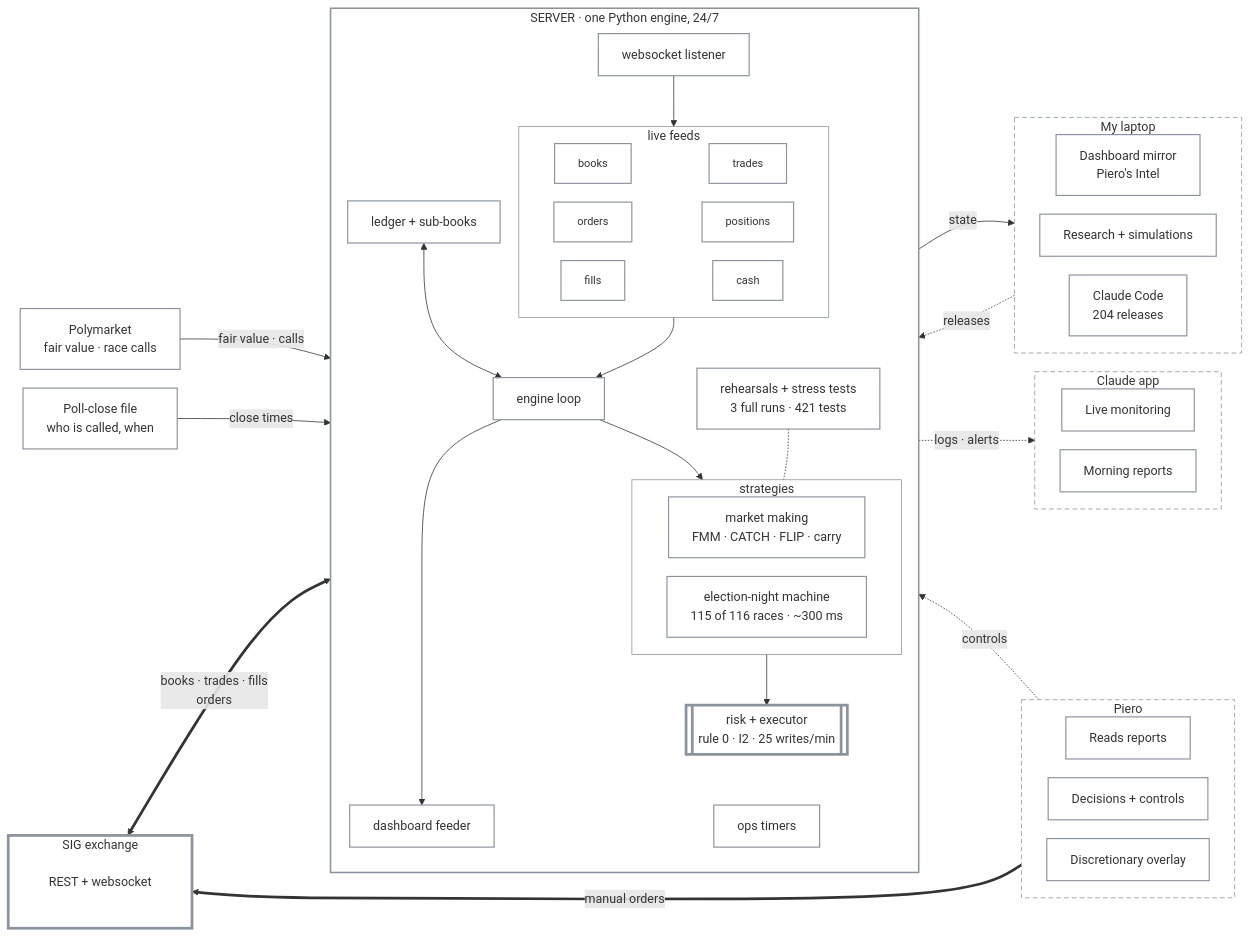
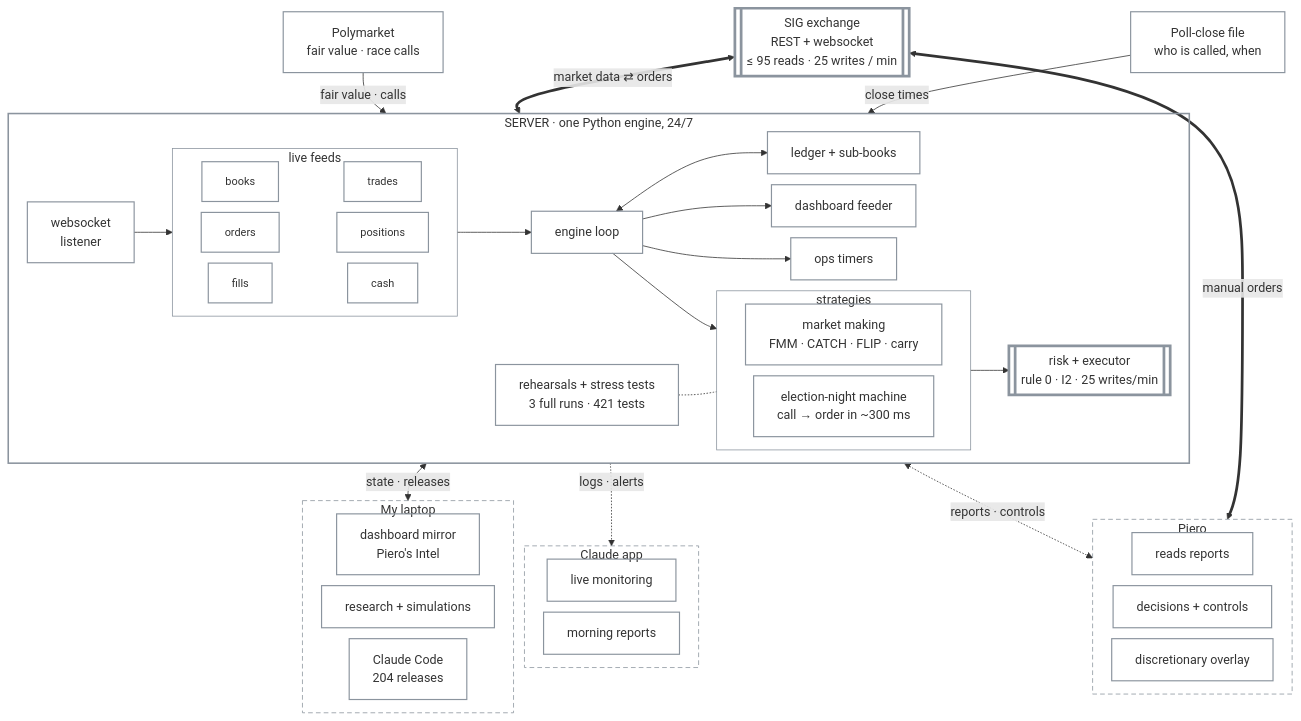
The diagram in README.md (pieropls/PredictionsCup26), drawn with Mermaid before and after one commit. The commit also changed other lines of this file, not shown here.

Commit message:
README: system diagram v4
New layout: the data sources on top with SIG in the middle, the server below with its pipeline left to right (listener, six feeds, engine loop with ledger, feeder and ops, the two strategies with rehearsals, risk + executor), and the three oversight groups underneath. Seven labelled flows; SIG's node carries its rate limits.

````diff
--- a/README.md
+++ b/README.md
@@ -58,78 +58,73 @@
 ```mermaid
-%%{init: {"look": "classic", "flowchart": {"curve": "basis", "nodeSpacing": 24, "rankSpacing": 40, "wrappingWidth": 320}, "themeVariables": {"fontSize": "16px"}}}%%
-flowchart LR
+%%{init: {"look": "classic", "flowchart": {"curve": "basis", "nodeSpacing": 14, "rankSpacing": 24, "wrappingWidth": 320}, "themeVariables": {"fontSize": "16px"}}}%%
+flowchart TB
+  SIG[["SIG exchange<br/>REST + websocket<br/>≤ 95 reads · 25 writes / min"]]
   PM["Polymarket<br/>fair value · race calls"]
   POLL["Poll-close file<br/>who is called, when"]
+
   subgraph SERVER["SERVER · one Python engine, 24/7"]
-    direction TB
-    WS["websocket listener"]
+    direction LR
+    WS["websocket<br/>listener"]
     subgraph FEEDS["live feeds"]
       direction LR
       F1[books] ~~~ F2[trades]
       F3[orders] ~~~ F4[positions]
       F5[fills] ~~~ F6[cash]
     end
+    LOOP["engine loop"]
     LEDGER["ledger + sub-books"]
-    LOOP["engine loop"]
-    REH["rehearsals + stress tests<br/>3 full runs · 421 tests"]
     subgraph STRAT["strategies"]
       direction LR
       MM["market making<br/>FMM · CATCH · FLIP · carry"]
-      NIGHT["election-night machine<br/>115 of 116 races · ~300 ms"]
+      NIGHT["election-night machine<br/>call → order in ~300 ms"]
     end
+    REH["rehearsals + stress tests<br/>3 full runs · 421 tests"]
     EXEC[["risk + executor<br/>rule 0 · I2 · 25 writes/min"]]
+    FEEDER["dashboard feeder"]
     OPS["ops timers"]
-    DASHF["dashboard feeder"]
     WS --> FEEDS --> LOOP
-    LEDGER <--> LOOP
-    LOOP --> STRAT
+    LOOP <--> LEDGER
+    LOOP --> STRAT --> EXEC
     REH -.- STRAT
-    STRAT --> EXEC
-    LOOP ----> DASHF
-    EXEC ~~~ OPS
+    LOOP --> FEEDER
+    LOOP --> OPS
   end
+
   subgraph LAPTOP["My laptop"]
     direction LR
-    MIRROR["Dashboard mirror<br/>Piero's Intel"]
-    RES["Research + simulations"]
+    MIRROR["dashboard mirror<br/>Piero's Intel"]
+    RES["research + simulations"]
     CC["Claude Code<br/>204 releases"]
   end
   subgraph CLAUDE["Claude app"]
     direction LR
-    MON["Live monitoring"]
-    MORN["Morning reports"]
+    MON["live monitoring"]
+    MORN["morning reports"]
   end
   subgraph PIERO["Piero"]
     direction LR
-    READ["Reads reports"]
-    DEC["Decisions + controls"]
-    OVER["Discretionary overlay"]
+    READ["reads reports"]
+    DEC["decisions + controls"]
+    OVER["discretionary overlay"]
   end
+
   PM -->|fair value · calls| SERVER
+  SIG <==>|market data ⇄ orders| SERVER
   POLL -->|close times| SERVER
-  SIGG <==>|books · trades · fills<br/>orders| SERVER
-  SERVER -->|state| LAPTOP
-  LAPTOP -.->|releases| SERVER
+  SERVER <-->|state · releases| LAPTOP
   SERVER -.->|logs · alerts| CLAUDE
-  SERVER ~~~ PIERO
-  PIERO -.->|controls| SERVER
-  PIERO ==>|manual orders| SIGG
-  %% declared last: the layout's cycle-breaking starts here, which keeps SIG on the left
-  subgraph SIGG["SIG exchange"]
-    SIGT["REST + websocket"]
-  end
+  SERVER <-.->|reports · controls| PIERO
+  SIG <==>|manual orders| PIERO
+
   classDef default fill:none,stroke:#8b949e,stroke-width:1.5px
   classDef key fill:none,stroke-width:3.5px
   classDef feed font-size:14px
-  classDef bare fill:none,stroke:none
-  class EXEC key
+  class EXEC,SIG key
   class F1,F2,F3,F4,F5,F6 feed
-  class SIGT bare
-  style SIGG fill:none,stroke:#8b949e,stroke-width:3.5px
   style SERVER fill:none,stroke:#8b949e,stroke-width:2px
   style FEEDS fill:none,stroke:#8b949e
   style STRAT fill:none,stroke:#8b949e
   style LAPTOP fill:none,stroke:#8b949e,stroke-dasharray:6 4
   style CLAUDE fill:none,stroke:#8b949e,stroke-dasharray:6 4
   style PIERO fill:none,stroke:#8b949e,stroke-dasharray:6 4
 ```
````
